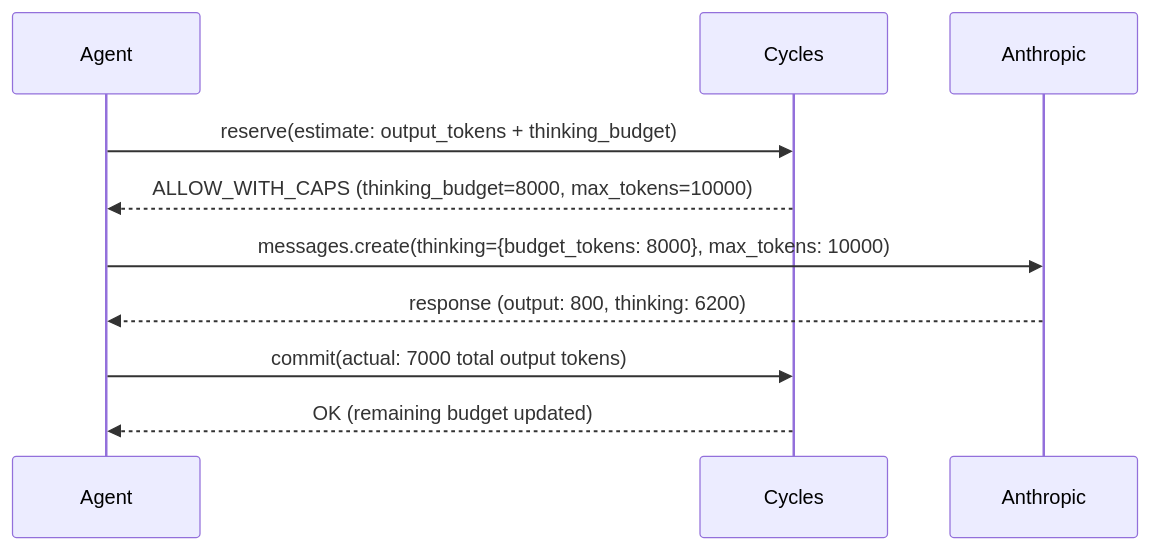
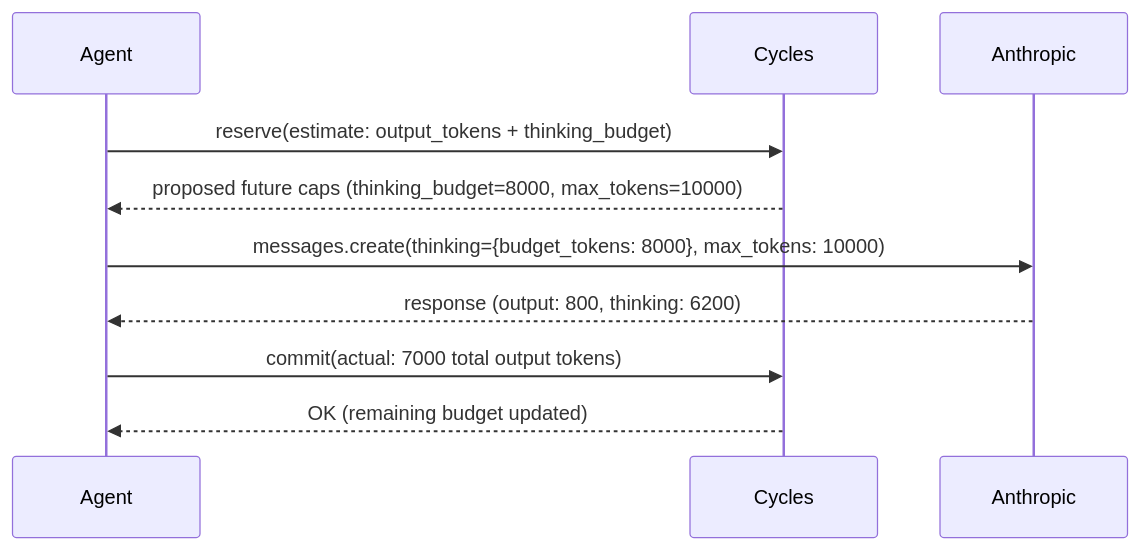
The diagram in blog/budgeting-reasoning-tokens-governing-extended-thinking-before-it-bills.md (runcycles/cycles-docs), drawn with Mermaid before and after one commit. The commit also changed other lines of this file and 78 other files, not shown here.

````diff
--- a/blog/budgeting-reasoning-tokens-governing-extended-thinking-before-it-bills.md
+++ b/blog/budgeting-reasoning-tokens-governing-extended-thinking-before-it-bills.md
@@ -48,13 +52,13 @@
 ```mermaid
 sequenceDiagram
     participant Agent
     participant Cycles
     participant Anthropic
 
     Agent->>Cycles: reserve(estimate: output_tokens + thinking_budget)
-    Cycles-->>Agent: ALLOW_WITH_CAPS (thinking_budget=8000, max_tokens=10000)
+    Cycles-->>Agent: proposed future caps (thinking_budget=8000, max_tokens=10000)
     Agent->>Anthropic: messages.create(thinking={budget_tokens: 8000}, max_tokens: 10000)
     Anthropic-->>Agent: response (output: 800, thinking: 6200)
     Agent->>Cycles: commit(actual: 7000 total output tokens)
     Cycles-->>Agent: OK (remaining budget updated)
 ```
````
